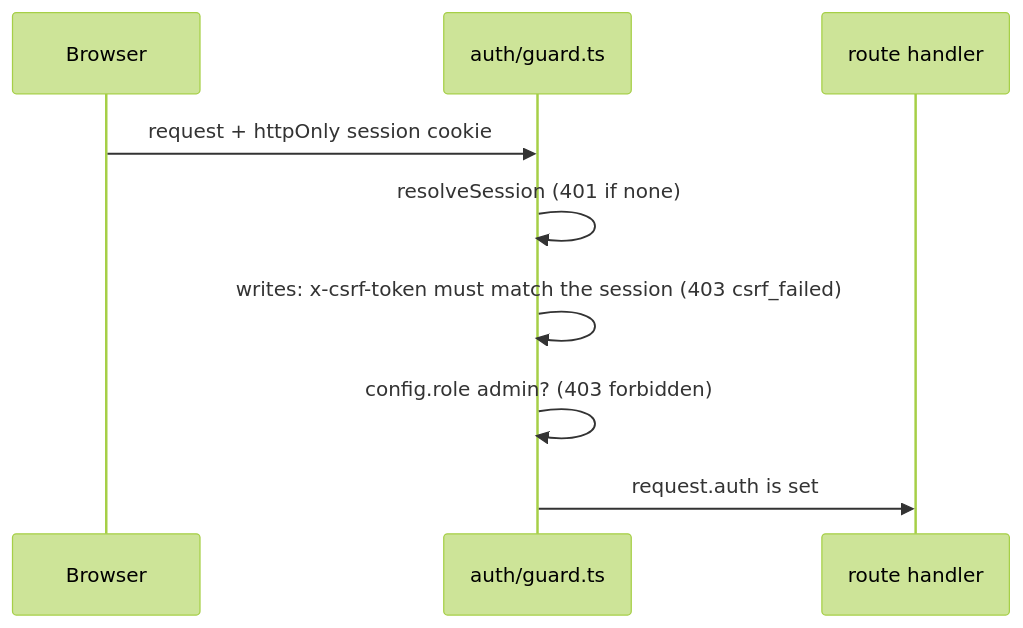
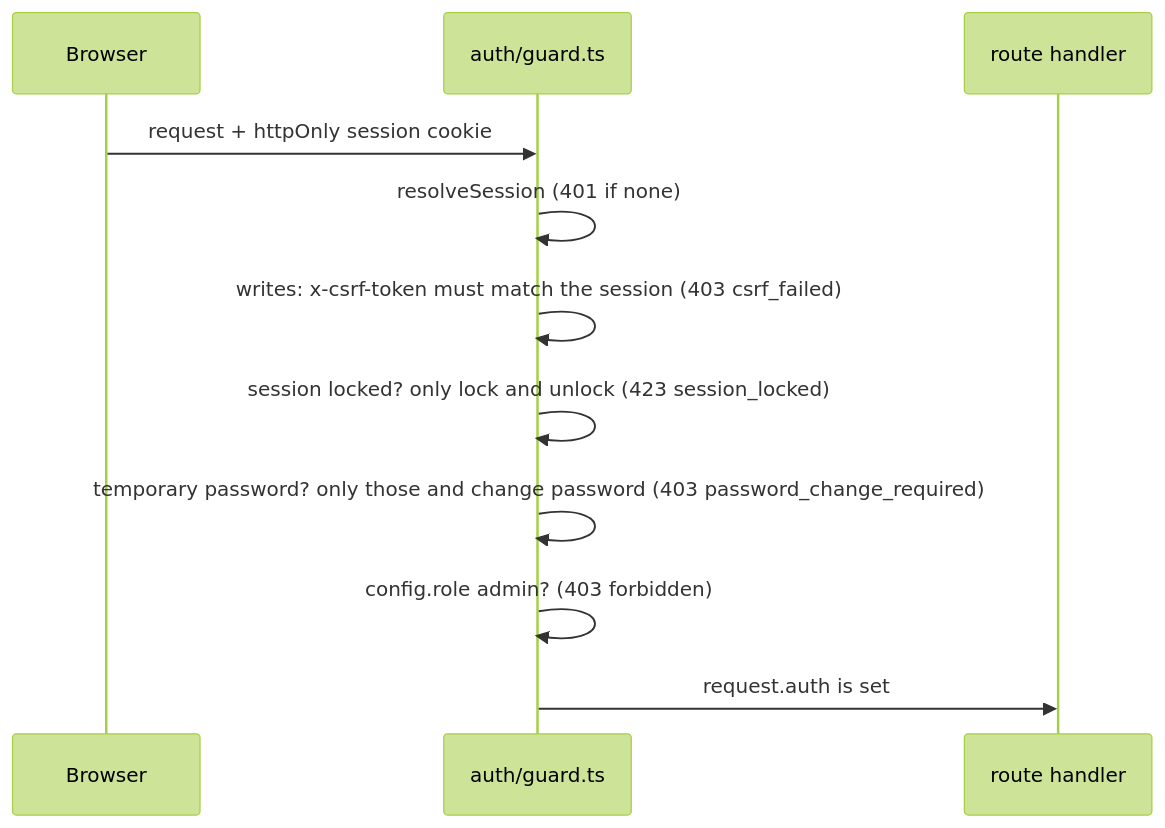
The diagram in pod-docs/feature-details/setup-and-sign-in.md (haophn01/fun-thinking-rampart), drawn with Mermaid (forest theme) before and after one commit. The commit also changed other lines of this file and 3 other files, not shown here.

````diff
--- a/pod-docs/feature-details/setup-and-sign-in.md
+++ b/pod-docs/feature-details/setup-and-sign-in.md
@@ -7,11 +7,13 @@
 ```mermaid
 sequenceDiagram
   participant B as Browser
   participant G as auth/guard.ts
   participant R as route handler
   B->>G: request + httpOnly session cookie
   G->>G: resolveSession (401 if none)
   G->>G: writes: x-csrf-token must match the session (403 csrf_failed)
+  G->>G: session locked? only lock and unlock (423 session_locked)
+  G->>G: temporary password? only those and change password (403 password_change_required)
   G->>G: config.role admin? (403 forbidden)
   G->>R: request.auth is set
 ```
````
